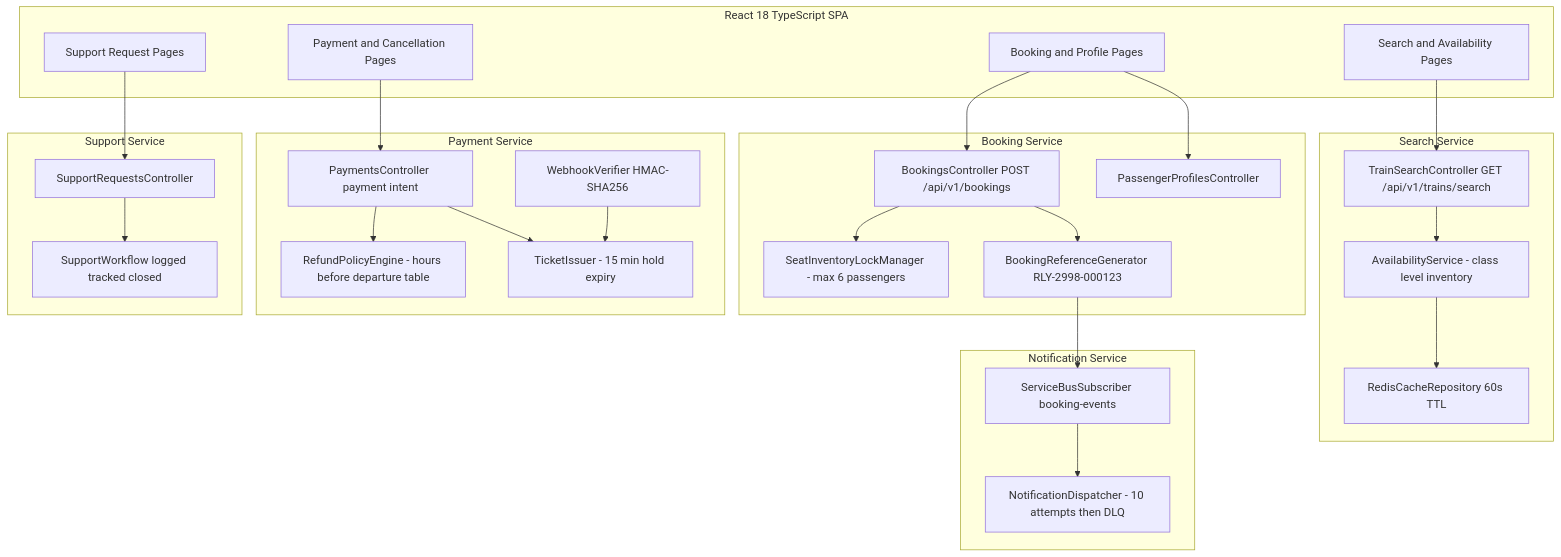
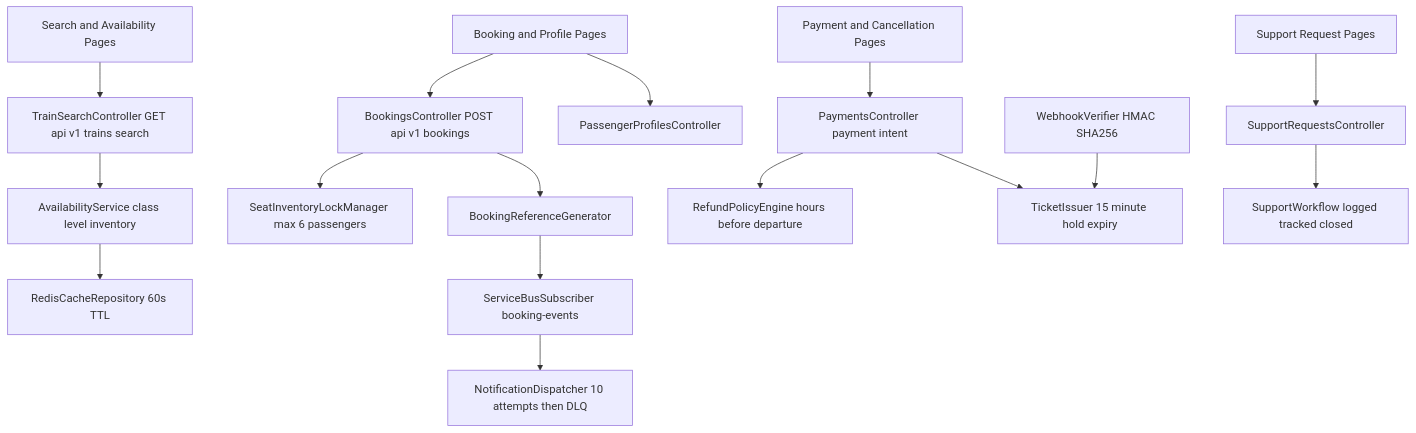
Before and after one commit to Mandeep-Kaur-Johar/sdlc-online-railway-ticketing-system: the diagram in docs/architecture/epic-2998/component-diagram.mmd, drawn with Mermaid.

Commit message:
docs: re-render component diagram for Epic 2998

```diff
--- a/docs/architecture/epic-2998/component-diagram.mmd
+++ b/docs/architecture/epic-2998/component-diagram.mmd
@@ -1,46 +1,31 @@
 flowchart TB
-    subgraph UI["React 18 TypeScript SPA"]
-        SearchPage["Search and Availability Pages"]
-        BookingPage["Booking and Profile Pages"]
-        PaymentPage["Payment and Cancellation Pages"]
-        SupportPage["Support Request Pages"]
-    end
-    subgraph SearchSvc["Search Service"]
-        SearchCtl["TrainSearchController GET /api/v1/trains/search"]
-        AvailSvc["AvailabilityService - class level inventory"]
-        CacheRepo["RedisCacheRepository 60s TTL"]
-    end
-    subgraph BookingSvc["Booking Service"]
-        BookingCtl["BookingsController POST /api/v1/bookings"]
-        ProfileCtl["PassengerProfilesController"]
-        SeatLock["SeatInventoryLockManager - max 6 passengers"]
-        RefGen["BookingReferenceGenerator RLY-2998-000123"]
-    end
-    subgraph PaymentSvc["Payment Service"]
-        PayCtl["PaymentsController payment intent"]
-        Webhook["WebhookVerifier HMAC-SHA256"]
-        RefundEng["RefundPolicyEngine - hours before departure table"]
-        TicketIssuer["TicketIssuer - 15 min hold expiry"]
-    end
-    subgraph NotifySvc["Notification Service"]
-        BusSub["ServiceBusSubscriber booking-events"]
-        Dispatch["NotificationDispatcher - 10 attempts then DLQ"]
-    end
-    subgraph SupportSvc["Support Service"]
-        SupportCtl["SupportRequestsController"]
-        SupportWf["SupportWorkflow logged tracked closed"]
-    end
-    SearchPage --> SearchCtl
+    SearchPage["Search and Availability Pages"]
+    BookingPage["Booking and Profile Pages"]
+    PaymentPage["Payment and Cancellation Pages"]
+    SupportPage["Support Request Pages"]
+    SearchCtl["TrainSearchController GET api v1 trains search"]
+    AvailSvc["AvailabilityService class level inventory"]
+    CacheRepo["RedisCacheRepository 60s TTL"]
+    BookingCtl["BookingsController POST api v1 bookings"]
+    ProfileCtl["PassengerProfilesController"]
+    SeatLock["SeatInventoryLockManager max 6 passengers"]
+    RefGen["BookingReferenceGenerator"]
+    PayCtl["PaymentsController payment intent"]
+    Webhook["WebhookVerifier HMAC SHA256"]
+    RefundEng["RefundPolicyEngine hours before departure"]
+    TicketIssuer["TicketIssuer 15 minute hold expiry"]
+    BusSub["ServiceBusSubscriber booking-events"]
+    Dispatch["NotificationDispatcher 10 attempts then DLQ"]
+    SupportCtl["SupportRequestsController"]
+    SupportWf["SupportWorkflow logged tracked closed"]
+    SearchPage --> SearchCtl --> AvailSvc --> CacheRepo
     BookingPage --> BookingCtl
     BookingPage --> ProfileCtl
-    PaymentPage --> PayCtl
-    SupportPage --> SupportCtl
-    SearchCtl --> AvailSvc --> CacheRepo
     BookingCtl --> SeatLock
     BookingCtl --> RefGen
+    PaymentPage --> PayCtl
     PayCtl --> TicketIssuer
     Webhook --> TicketIssuer
     PayCtl --> RefundEng
-    RefGen --> BusSub
-    BusSub --> Dispatch
-    SupportCtl --> SupportWf
+    RefGen --> BusSub --> Dispatch
+    SupportPage --> SupportCtl --> SupportWf
```
